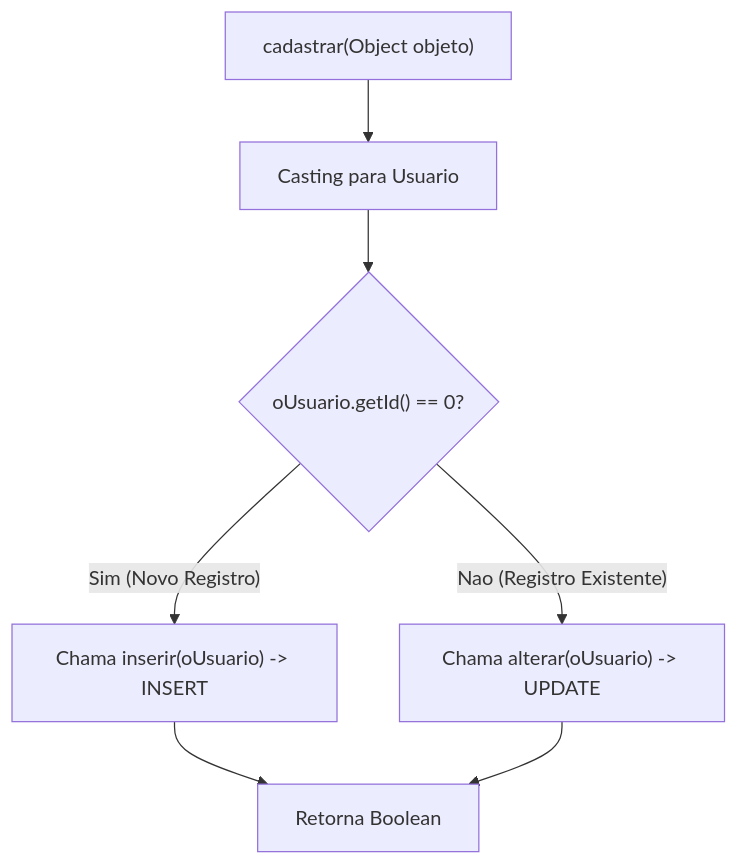
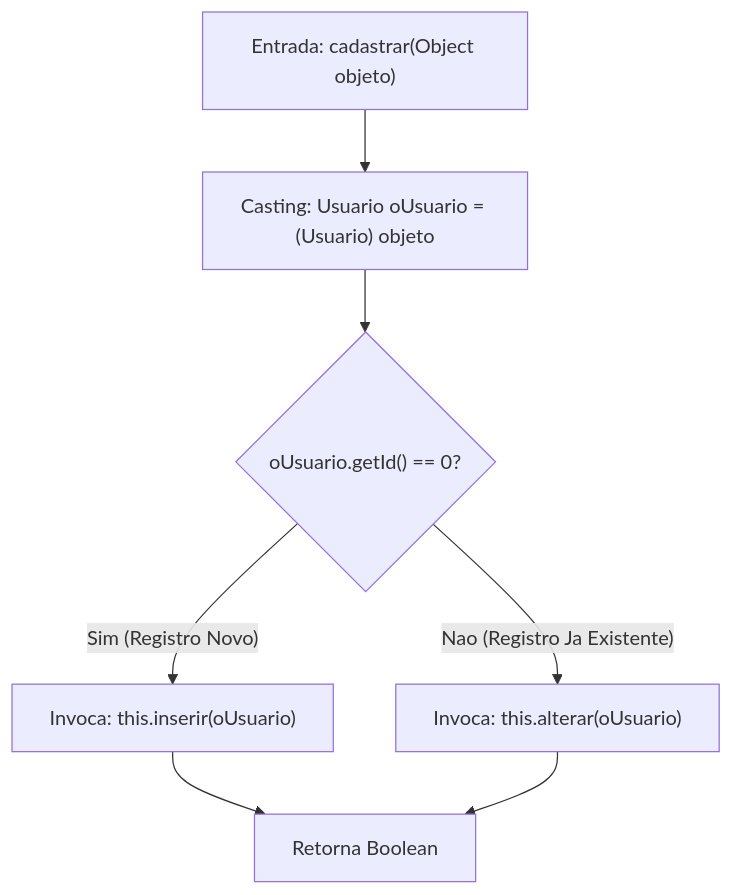
Diagram 16 of 18 in 3º Semestre/[Prof. Jefferson Passerini] Laboratório de Programação III/Resumos-IA/Simulados-Comentados.md (murilolol/unifef), drawn with Mermaid before and after one commit. The commit also changed other lines of this file and 40 other files, not shown here.

````diff
--- a/3º Semestre/[Prof. Jefferson Passerini] Laboratório de Programação III/Resumos-IA/Simulados-Comentados.md
+++ b/3º Semestre/[Prof. Jefferson Passerini] Laboratório de Programação III/Resumos-IA/Simulados-Comentados.md
@@ -1261,9 +865,9 @@
 ```mermaid
 flowchart TD
-    Inicio["cadastrar(Object objeto)"] --> Cast["Casting para Usuario"]
-    Cast --> Teste{"oUsuario.getId() == 0?"}
-    Teste -- "Sim (Novo Registro)" --> Inserir["Chama inserir(oUsuario) -> INSERT"]
-    Teste -- "Nao (Registro Existente)" --> Alterar["Chama alterar(oUsuario) -> UPDATE"]
-    Inserir --> Retorno["Retorna Boolean"]
-    Alterar --> Retorno
+    A["Entrada: cadastrar(Object objeto)"] --> B["Casting: Usuario oUsuario = (Usuario) objeto"]
+    B --> C{"oUsuario.getId() == 0?"}
+    C -- "Sim (Registro Novo)" --> D["Invoca: this.inserir(oUsuario)"]
+    C -- "Nao (Registro Ja Existente)" --> E["Invoca: this.alterar(oUsuario)"]
+    D --> F["Retorna Boolean"]
+    E --> F
 ```
````
